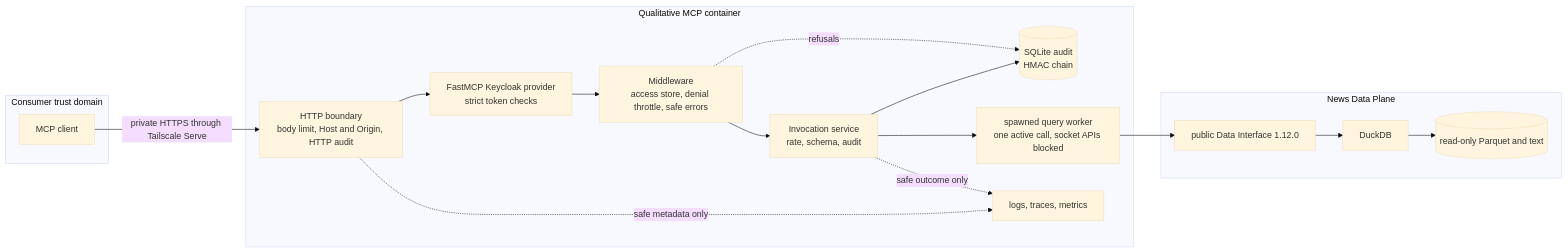
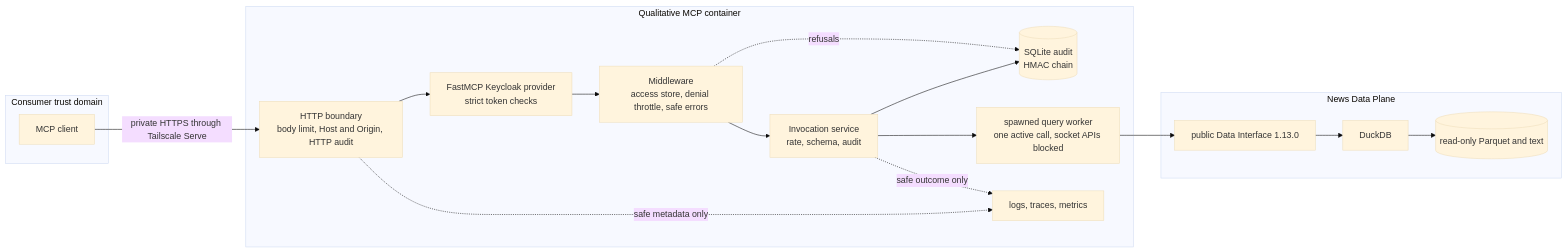
One commit to SiddarthaKoppaka/stram_qualitative_mcp changed the first of 4 diagrams in docs/explanation/architecture.md. Above: the diagram before and after it, drawn with Mermaid (base theme). The commit also changed other lines of this file and 25 other files, not shown here.

````diff
--- a/docs/explanation/architecture.md
+++ b/docs/explanation/architecture.md
@@ -11,26 +11,26 @@
 ```mermaid
 flowchart LR
     subgraph consumer[Consumer trust domain]
         C[MCP client]
     end
     subgraph tool[Qualitative MCP container]
         H[HTTP boundary<br/>body limit, Host and Origin, HTTP audit]
         A[FastMCP Keycloak provider<br/>strict token checks]
         M[Middleware<br/>access store, denial throttle, safe errors]
         P[Invocation service<br/>rate, schema, audit]
         J[(SQLite audit<br/>HMAC chain)]
         W[spawned query worker<br/>one active call, socket APIs blocked]
         O[logs, traces, metrics]
     end
     subgraph data[News Data Plane]
-        I[public Data Interface 1.12.0]
+        I[public Data Interface 1.13.0]
         Q[DuckDB]
         L[(read-only Parquet and text)]
     end
     C -->|private HTTPS through Tailscale Serve| H --> A --> M --> P
     P --> J
     M -. refusals .-> J
     P --> W --> I --> Q --> L
     H -. safe metadata only .-> O
     P -. safe outcome only .-> O
 ```
````
